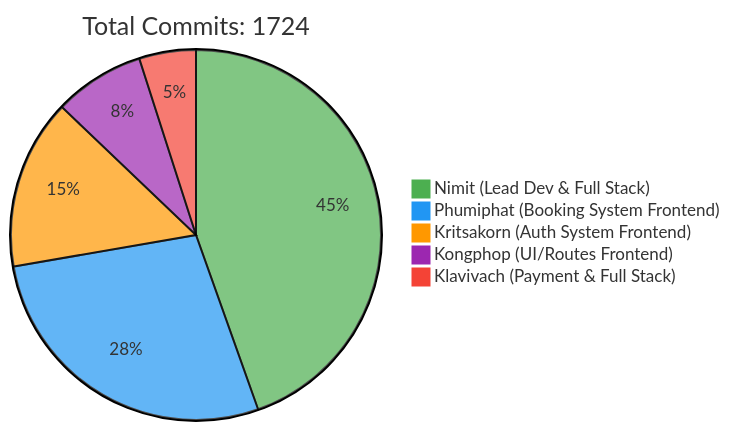
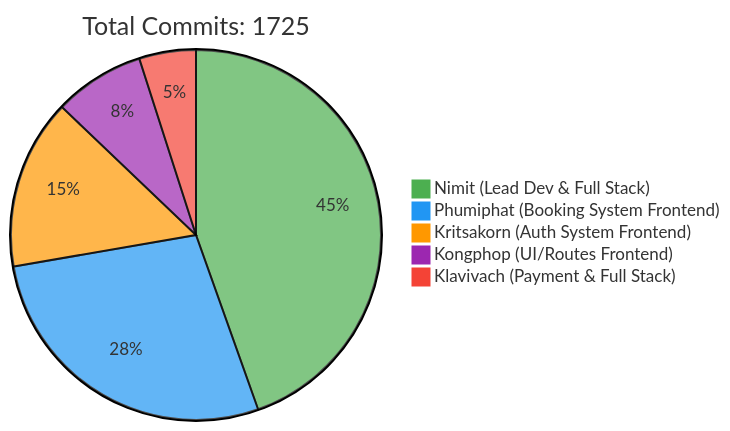
One commit to 6531503042/Sport-Complex changed the first of 2 diagrams in README.md. Above: the diagram before and after it, drawn with Mermaid. The commit also changed other lines of this file, not shown here.

Commit message:
docs: Update contributor statistics [skip ci]

````diff
--- a/README.md
+++ b/README.md
@@ -257,10 +257,10 @@
 ```mermaid
 %%{init: {'theme': 'base', 'themeVariables': { 'pie1': '#4CAF50', 'pie2': '#2196F3', 'pie3': '#FF9800', 'pie4': '#9C27B0', 'pie5': '#F44336'}}}%%
 pie
-    title Total Commits: 1724
+    title Total Commits: 1725
     "Nimit (Lead Dev & Full Stack)" : 450
     "Phumiphat (Booking System Frontend)" : 280
     "Kritsakorn (Auth System Frontend)" : 150
     "Kongphop (UI/Routes Frontend)" : 80
     "Klavivach (Payment & Full Stack)" : 50
 ```
````
